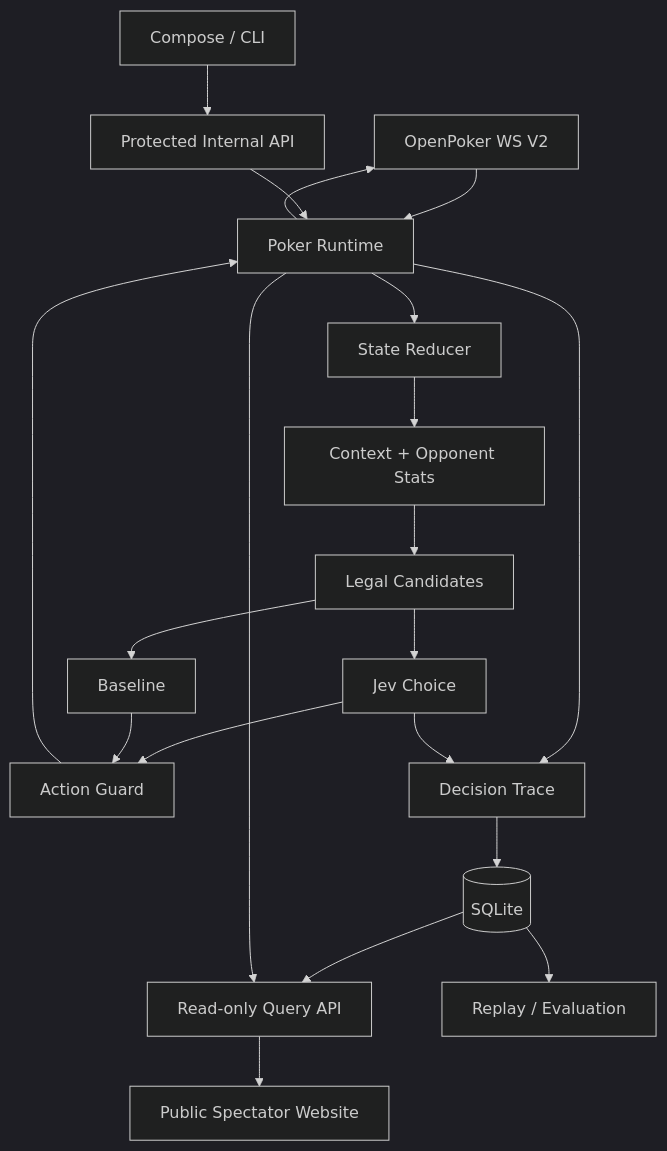
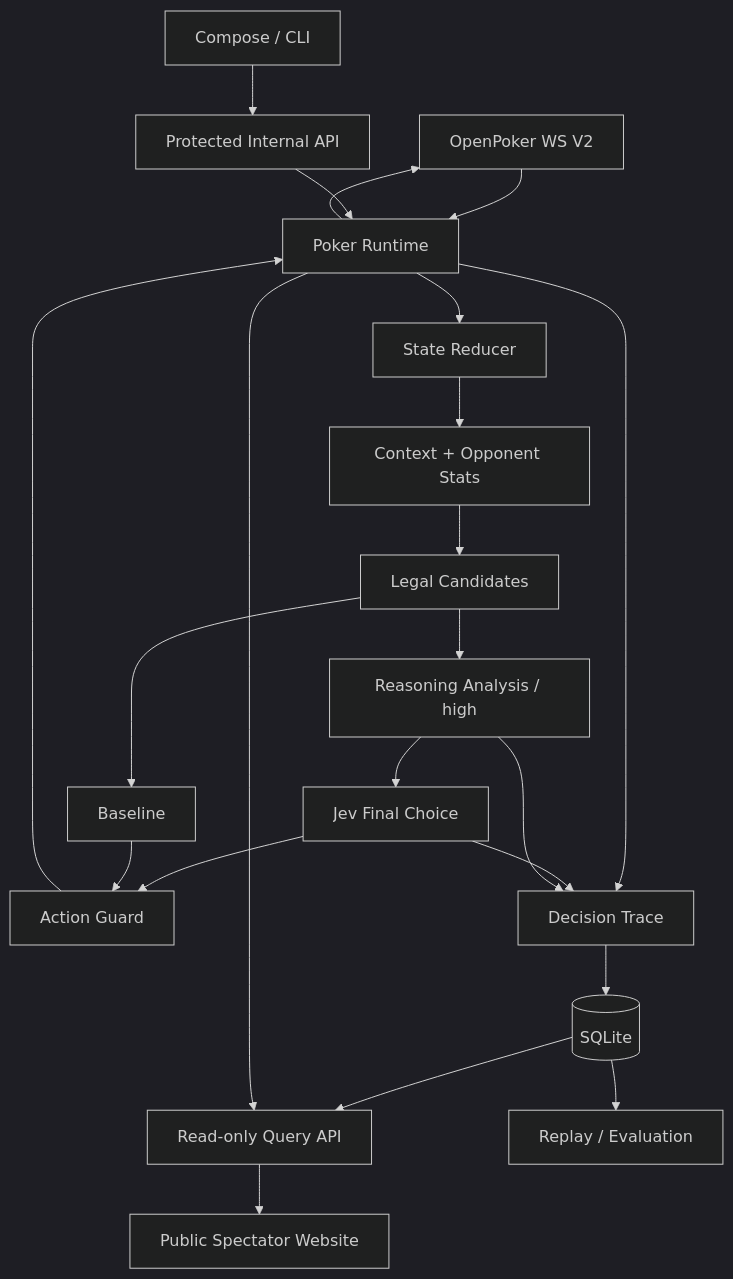
One commit to hewenyu/jev-card-agent changed the diagram in docs/architecture.md. Above: the diagram before and after it, drawn with Mermaid (dark theme). The commit also changed other lines of this file and 55 other files, not shown here.

Commit message:
Add mandatory high reasoning sessions, Jev final choices and bounded provider retries

````diff
--- a/docs/architecture.md
+++ b/docs/architecture.md
@@ -58,22 +58,24 @@
 ```mermaid
 flowchart TD
     O[OpenPoker WS V2] --> R[Poker Runtime]
     R --> S[State Reducer]
     S --> C[Context + Opponent Stats]
     C --> A[Legal Candidates]
-    A --> J[Jev Choice]
+    A --> M[Reasoning Analysis / high]
+    M --> J[Jev Final Choice]
     A --> B[Baseline]
     J --> G[Action Guard]
     B --> G
     G --> R
     R --> O
     R --> T[Decision Trace]
     J --> T
+    M --> T
     T --> D[(SQLite)]
     D --> API[Read-only Query API]
     R --> API
     API --> UI[Public Spectator Website]
     OPS[Compose / CLI] --> INTERNAL[Protected Internal API]
     INTERNAL --> R
     D --> E[Replay / Evaluation]
 ```
````
